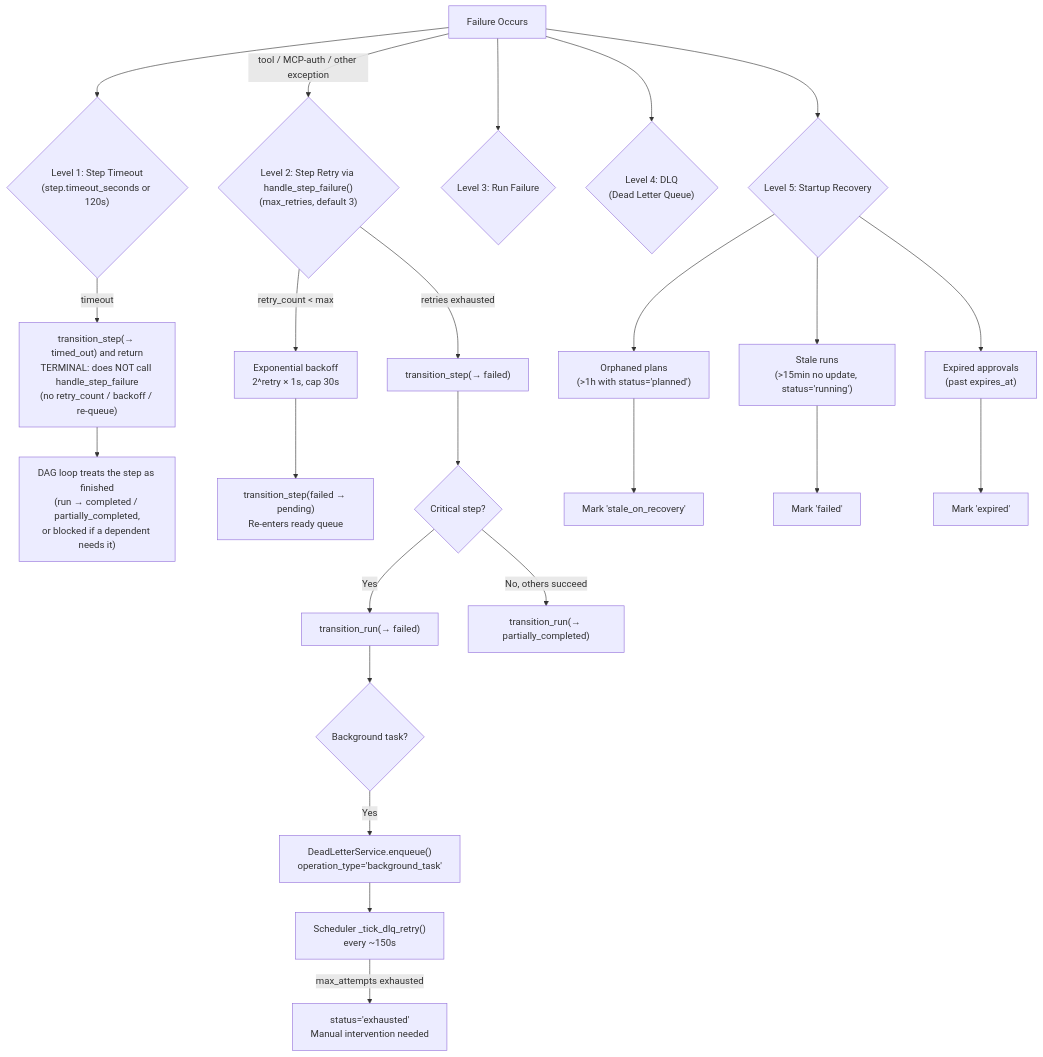
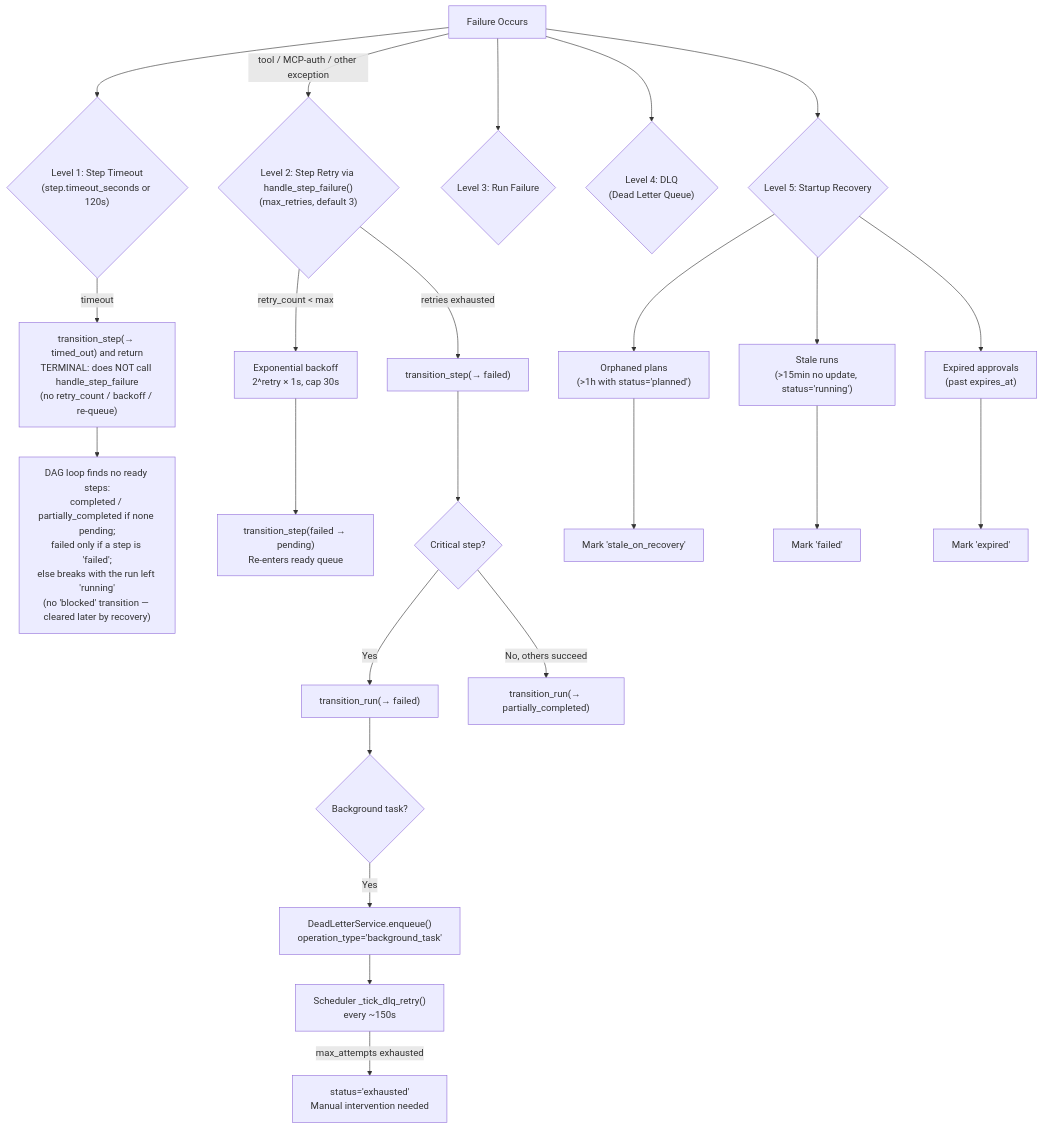
Before and after one commit to shivadharmi/muldro: diagram 15 of 17 in docs/architecture/plan-execution-deep-dive.md, drawn with Mermaid. The commit also changed 3 other files, not shown here.

````diff
--- a/docs/architecture/plan-execution-deep-dive.md
+++ b/docs/architecture/plan-execution-deep-dive.md
@@ -840,32 +840,32 @@
 ```mermaid
 flowchart TD
     FAILURE[Failure Occurs]
 
     FAILURE --> LEVEL1{"Level 1: Step Timeout<br/>(step.timeout_seconds or 120s)"}
     LEVEL1 -->|"timeout"| TIMED_OUT["transition_step(→ timed_out) and return<br/>TERMINAL: does NOT call handle_step_failure<br/>(no retry_count / backoff / re-queue)"]
-    TIMED_OUT --> DAG_DONE["DAG loop treats the step as finished<br/>(run → completed / partially_completed,<br/>or blocked if a dependent needs it)"]
+    TIMED_OUT --> DAG_DONE["DAG loop finds no ready steps:<br/>completed / partially_completed if none pending;<br/>failed only if a step is 'failed';<br/>else breaks with the run left 'running'<br/>(no 'blocked' transition — cleared later by recovery)"]
 
     FAILURE -->|"tool / MCP-auth / other exception"| LEVEL2{"Level 2: Step Retry via handle_step_failure()<br/>(max_retries, default 3)"}
     LEVEL2 -->|"retry_count < max"| BACKOFF["Exponential backoff<br/>2^retry × 1s, cap 30s"]
     BACKOFF --> RETRY_STEP["transition_step(failed → pending)<br/>Re-enters ready queue"]
     LEVEL2 -->|"retries exhausted"| STEP_FAIL["transition_step(→ failed)"]
 
     FAILURE --> LEVEL3{"Level 3: Run Failure"}
     STEP_FAIL --> RUN_DECISION{"Critical step?"}
     RUN_DECISION -->|"Yes"| RUN_FAIL["transition_run(→ failed)"]
     RUN_DECISION -->|"No, others succeed"| PARTIAL["transition_run(→ partially_completed)"]
 
     FAILURE --> LEVEL4{"Level 4: DLQ<br/>(Dead Letter Queue)"}
     RUN_FAIL --> DLQ_CHECK{"Background task?"}
     DLQ_CHECK -->|"Yes"| DLQ_ENQUEUE["DeadLetterService.enqueue()<br/>operation_type='background_task'"]
     DLQ_ENQUEUE --> DLQ_RETRY["Scheduler _tick_dlq_retry()<br/>every ~150s"]
     DLQ_RETRY -->|"max_attempts exhausted"| EXHAUSTED["status='exhausted'<br/>Manual intervention needed"]
 
     FAILURE --> LEVEL5{"Level 5: Startup Recovery"}
     LEVEL5 --> ORPHANED["Orphaned plans<br/>(>1h with status='planned')"]
     LEVEL5 --> STALE["Stale runs<br/>(>15min no update, status='running')"]
     LEVEL5 --> EXPIRED["Expired approvals<br/>(past expires_at)"]
     ORPHANED --> MARK1["Mark 'stale_on_recovery'"]
     STALE --> MARK2["Mark 'failed'"]
     EXPIRED --> MARK3["Mark 'expired'"]
 ```
````
